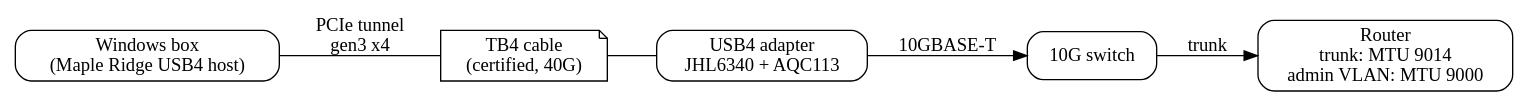
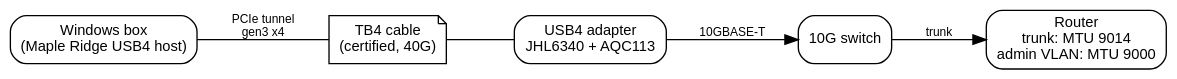
Before and after one commit to erfianugrah/lexicanum: the diagram in src/content/docs/guides/usb4-10gbe-windows-tuning.mdx, drawn with Graphviz. The commit also changed 1 other file, not shown here.

Commit message:
guides: theme usb4 diagram via house dot boilerplate + document the contract

````diff
--- a/src/content/docs/guides/usb4-10gbe-windows-tuning.mdx
+++ b/src/content/docs/guides/usb4-10gbe-windows-tuning.mdx
@@ -82,15 +82,17 @@
 ```dot
 digraph {
-  rankdir=LR;
-  node [shape=box, style=rounded];
+  rankdir=LR; bgcolor="transparent"; nodesep=0.3; ranksep=0.7;
+  fontname="Helvetica,Arial,sans-serif";
+  node [fontname="Helvetica,Arial,sans-serif", fontsize=11, shape=box, style=rounded];
+  edge [fontname="Helvetica,Arial,sans-serif", fontsize=9];
   host [label="Windows box\n(Maple Ridge USB4 host)"];
   cable [label="TB4 cable\n(certified, 40G)", shape=note];
   adapter [label="USB4 adapter\nJHL6340 + AQC113"];
   sw [label="10G switch"];
   rtr [label="Router\ntrunk: MTU 9014\nadmin VLAN: MTU 9000"];
   host -> cable [dir=none, label="PCIe tunnel\ngen3 x4"];
   cable -> adapter [dir=none];
   adapter -> sw [label="10GBASE-T"];
   sw -> rtr [label="trunk"];
 }
 ```
````
